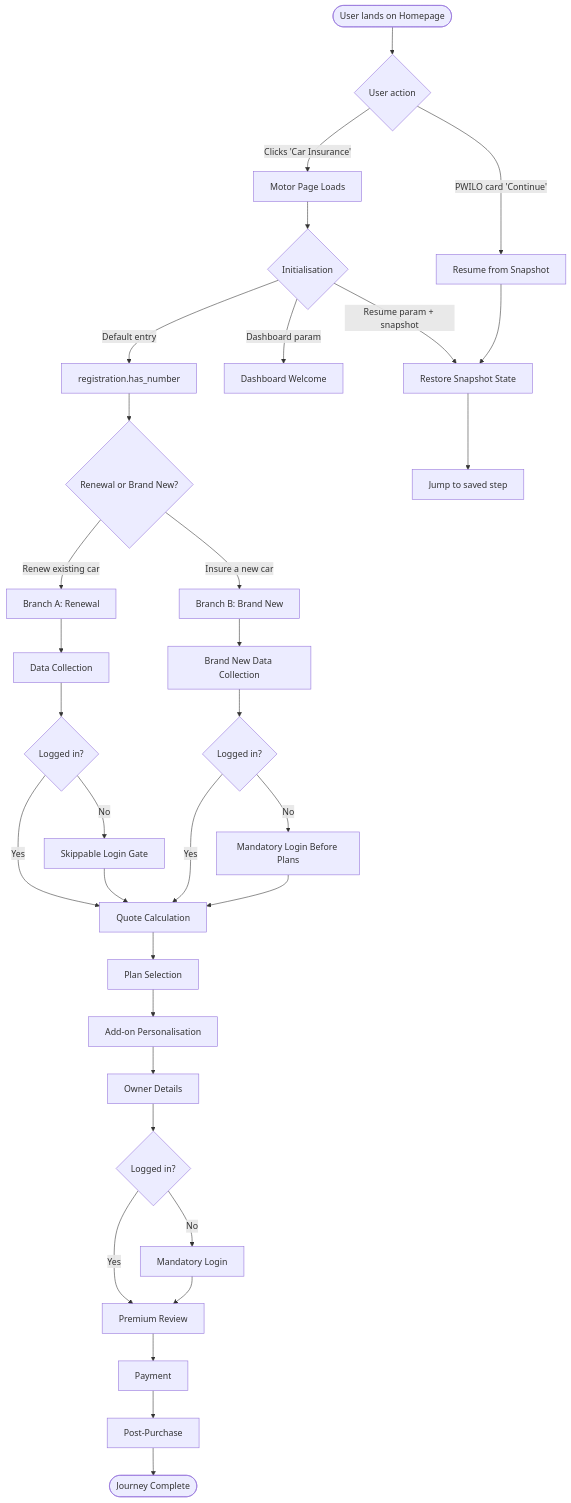
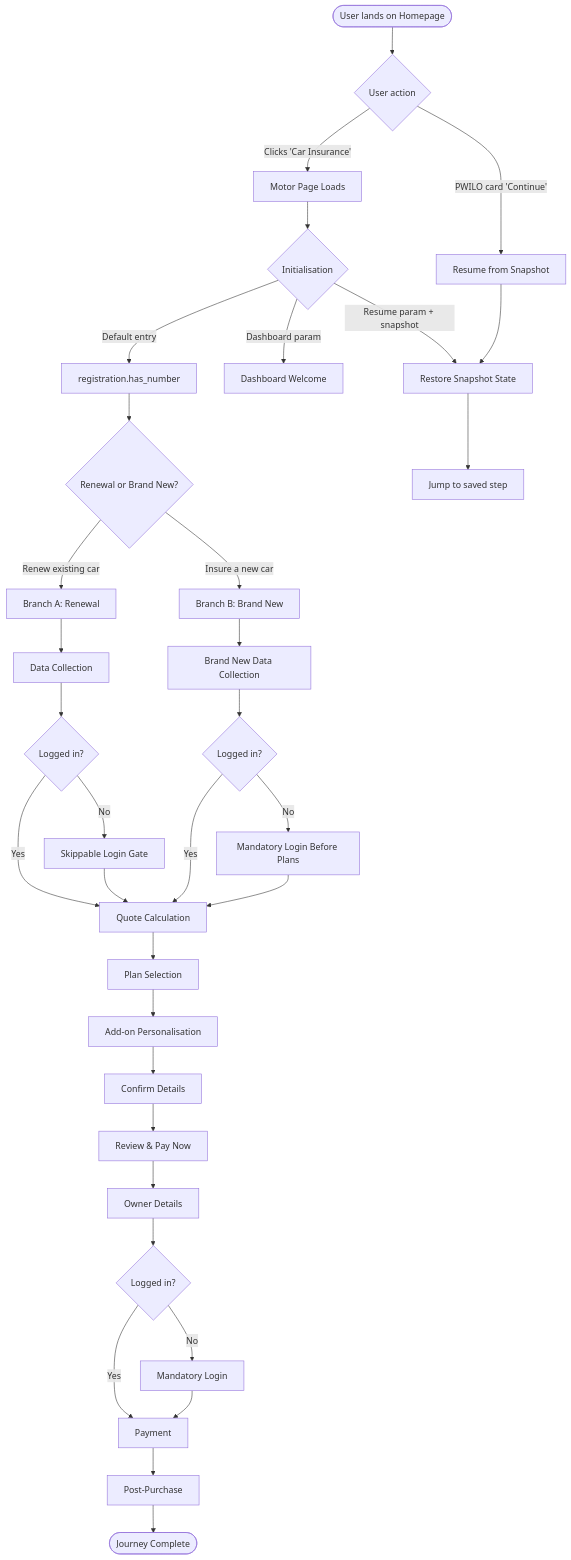
One commit to ackosys/ACKO-Hello-Buy changed the first of 22 diagrams in .cursor/skills/car-user-journey-map/SKILL.md. Above: the diagram before and after it, drawn with Mermaid. The commit also changed other lines of this file and 27 other files, not shown here.

First line of the commit message:
feat: Optimize color architecture with primitives → semantics system

````diff
--- a/.cursor/skills/car-user-journey-map/SKILL.md
+++ b/.cursor/skills/car-user-journey-map/SKILL.md
@@ -34,43 +36,44 @@
 ```mermaid
 flowchart TB
     START([User lands on Homepage]) --> HOME_ACTION{User action}
     HOME_ACTION -->|Clicks 'Car Insurance'| MOTOR_PAGE[Motor Page Loads]
     HOME_ACTION -->|PWILO card 'Continue'| RESUME[Resume from Snapshot]
 
     MOTOR_PAGE --> INIT{Initialisation}
     INIT -->|Default entry| REG_HAS_NUM[registration.has_number]
     INIT -->|Dashboard param| DASHBOARD[Dashboard Welcome]
     INIT -->|Resume param + snapshot| RESTORE_SNAP[Restore Snapshot State]
 
     RESUME --> RESTORE_SNAP
     RESTORE_SNAP --> RESTORED_STEP[Jump to saved step]
 
     REG_HAS_NUM --> FORK{Renewal or Brand New?}
     FORK -->|Renew existing car| BRANCH_A[Branch A: Renewal]
     FORK -->|Insure a new car| BRANCH_B[Branch B: Brand New]
 
     BRANCH_A --> DATA_COLLECT[Data Collection]
     BRANCH_B --> DATA_COLLECT_BN[Brand New Data Collection]
 
     DATA_COLLECT --> LOGIN_PREQUOTE{Logged in?}
     DATA_COLLECT_BN --> LOGIN_BN{Logged in?}
 
     LOGIN_PREQUOTE -->|Yes| QUOTE_CALC
     LOGIN_PREQUOTE -->|No| SKIP_LOGIN_PREQUOTE[Skippable Login Gate]
     SKIP_LOGIN_PREQUOTE --> QUOTE_CALC
 
     LOGIN_BN -->|Yes| QUOTE_CALC
     LOGIN_BN -->|No| MANDATORY_LOGIN_BN[Mandatory Login Before Plans]
     MANDATORY_LOGIN_BN --> QUOTE_CALC
 
     QUOTE_CALC[Quote Calculation] --> PLAN_SELECT[Plan Selection]
     PLAN_SELECT --> ADDONS[Add-on Personalisation]
-    ADDONS --> OWNER_DETAILS[Owner Details]
+    ADDONS --> CONFIRM[Confirm Details]
+    CONFIRM --> REVIEW[Review & Pay Now]
+    REVIEW --> OWNER_DETAILS[Owner Details]
     OWNER_DETAILS --> LOGIN_MANDATORY{Logged in?}
-    LOGIN_MANDATORY -->|Yes| REVIEW[Premium Review]
+    LOGIN_MANDATORY -->|Yes| PAYMENT[Payment]
     LOGIN_MANDATORY -->|No| MANDATORY_LOGIN[Mandatory Login]
-    MANDATORY_LOGIN --> REVIEW
-    REVIEW --> PAYMENT[Payment]
+    MANDATORY_LOGIN --> PAYMENT
     PAYMENT --> POST_PURCHASE[Post-Purchase]
     POST_PURCHASE --> END([Journey Complete])
 ```
````
